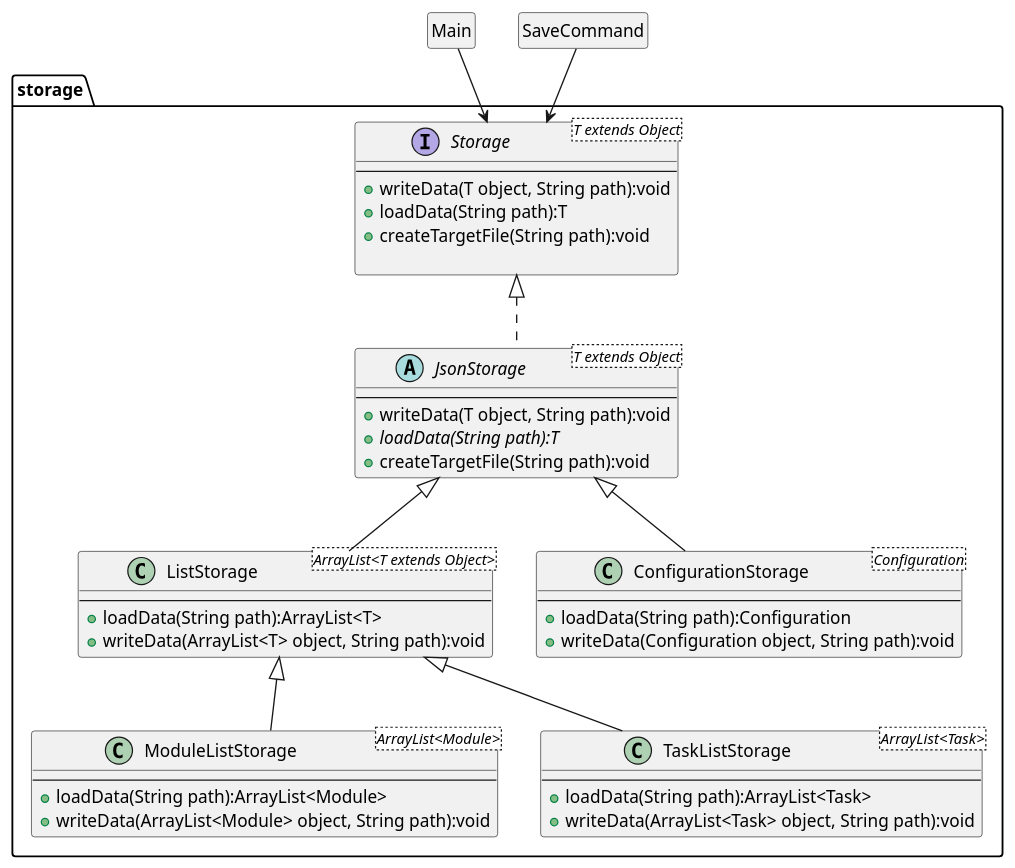
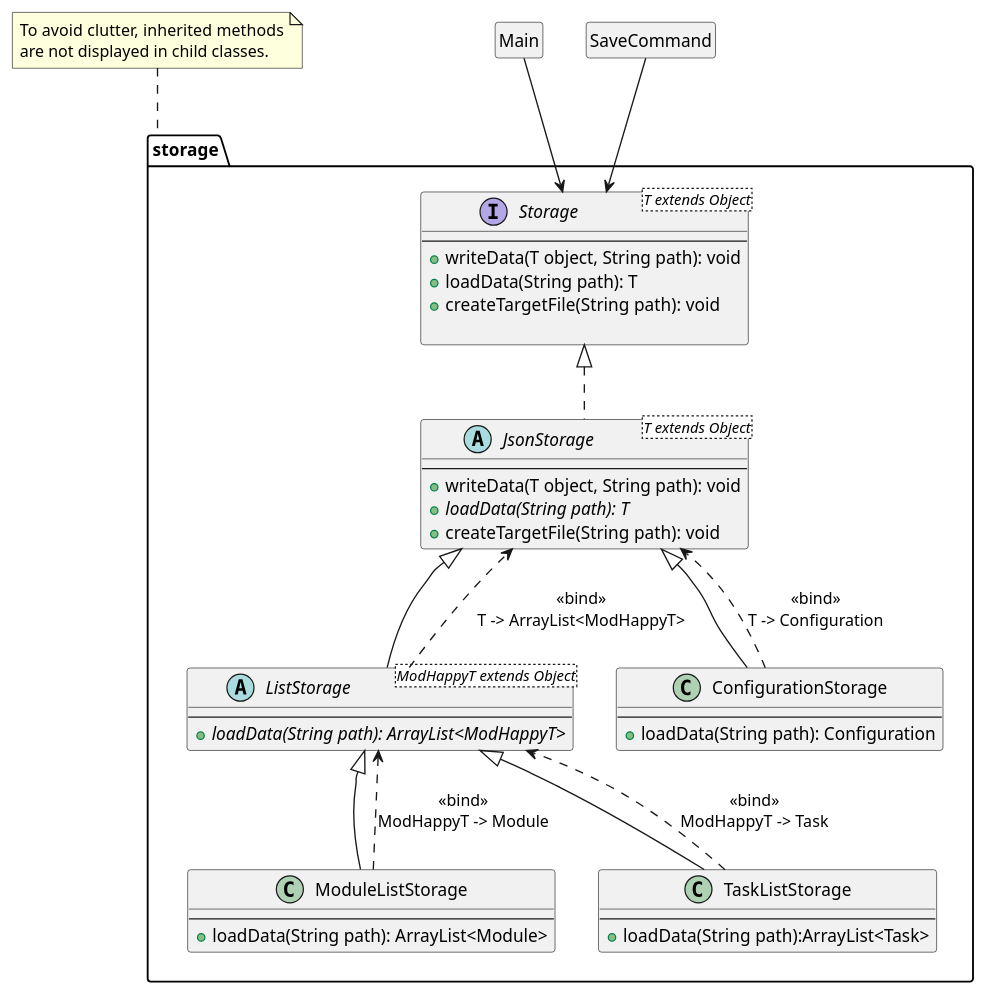
One commit to nus-cs2113-AY2122S2/tp changed the diagram in docs/Storage.puml. Above: the diagram before and after it, drawn with PlantUML. The commit also changed 7 other files, not shown here.

Commit message:
Fix GPACommand bug, update UML diagrams

```diff
--- a/docs/Storage.puml
+++ b/docs/Storage.puml
@@ -1,63 +1,70 @@
 @startuml
 skinparam arrowThickness 1.1
-
+'I wasn't able to find a consistent standard for bound elements, so I just picked one
 package storage {
     interface Storage <T extends Object> {
         --
-        + writeData(T object, String path):void
-        + loadData(String path):T
-        + createTargetFile(String path):void
+        + writeData(T object, String path): void
+        + loadData(String path): T
+        + createTargetFile(String path): void
 
     }
 
-    abstract class JsonStorage <T extends Object> implements Storage{
+    abstract class JsonStorage <T extends Object> implements Storage {
        --
-       + writeData(T object, String path):void
-       + {abstract} loadData(String path):T
-       + createTargetFile(String path):void
+       + writeData(T object, String path): void
+       + {abstract} loadData(String path): T
+       + createTargetFile(String path): void
     }
 
-    class ListStorage <ArrayList<T extends Object>> extends JsonStorage{
+    abstract class ListStorage <ModHappyT extends Object> extends JsonStorage {
        --
-       + loadData(String path):ArrayList<T>
-       + writeData(ArrayList<T> object, String path):void
+       + {abstract} loadData(String path): ArrayList<ModHappyT>
     }
 
+    ListStorage ..> JsonStorage : <<bind>>\nT -> ArrayList<ModHappyT>
 
-    class ConfigurationStorage <Configuration> extends JsonStorage{
+    class ConfigurationStorage extends JsonStorage {
        --
-       + loadData(String path):Configuration
-       + writeData(Configuration object, String path):void
+       + loadData(String path): Configuration
     }
 
-    class ModuleListStorage <ArrayList<Module>> extends ListStorage{
+    ConfigurationStorage ..> JsonStorage : <<bind>>\nT -> Configuration
+
+    class ModuleListStorage extends ListStorage {
        --
-       + loadData(String path):ArrayList<Module>
-       + writeData(ArrayList<Module> object, String path):void
+       + loadData(String path): ArrayList<Module>
     }
 
-    class TaskListStorage <ArrayList<Task>> extends ListStorage{
+    ModuleListStorage ..> ListStorage : <<bind>>\nModHappyT -> Module
+
+    class TaskListStorage extends ListStorage {
        --
        + loadData(String path):ArrayList<Task>
-       + writeData(ArrayList<Task> object, String path):void
     }
 
+    TaskListStorage ..> ListStorage : <<bind>>\nModHappyT -> Task
 }
+
+note top of storage
+To avoid clutter, inherited methods
+are not displayed in child classes.
+end note
 
 Class Main
 hide Main circle
 hide Main attributes
 hide Main methods
 
 Class SaveCommand
 hide SaveCommand circle
 hide SaveCommand attributes
 hide SaveCommand methods
 
 Main--> Storage
 SaveCommand --> Storage
 
 
 
 
 @enduml
```
